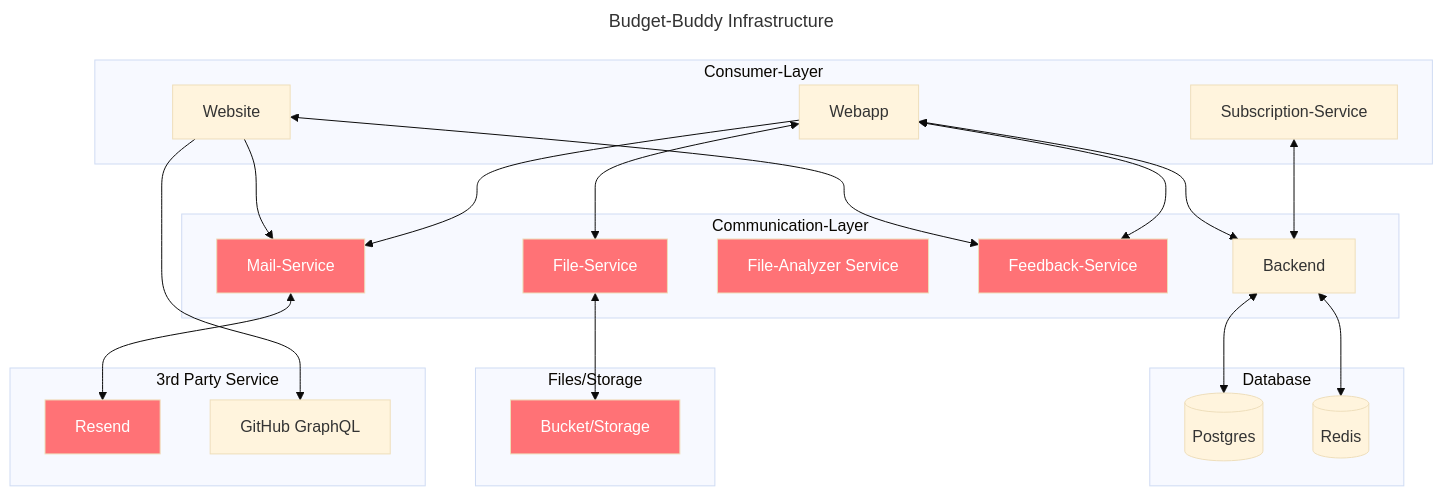
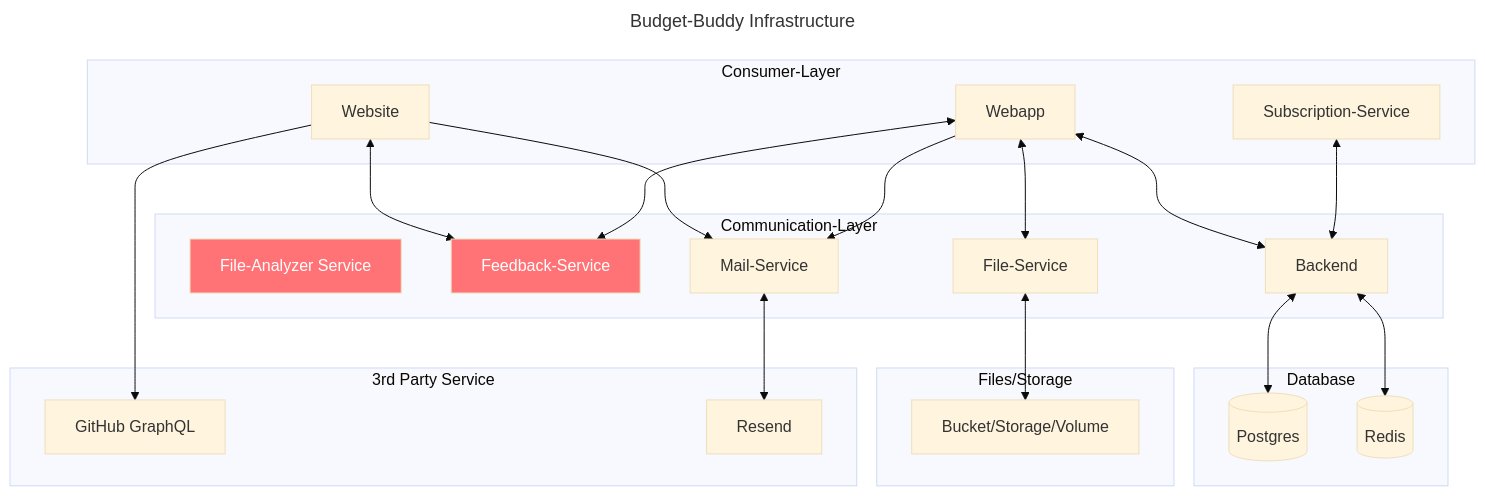
Before and after one commit to BudgetBuddyDE/setup: the diagram in README.md, drawn with Mermaid (base theme). The commit also changed other lines of this file and 1 other file, not shown here.

````diff
--- a/README.md
+++ b/README.md
@@ -8,74 +24,66 @@
 ```mermaid
 ---
 title: Budget-Buddy Infrastructure
 ---
 flowchart TD
 
-style mail-service fill:#FF7276;
-style mail-service color:#fff;
-style file-service fill:#FF7276;
-style file-service color:#fff;
 style file-analyzer-service fill:#FF7276;
 style file-analyzer-service color:#fff;
 style feedback-service fill:#FF7276;
 style feedback-service color:#fff;
-style resend fill:#FF7276;
-style resend color:#fff;
-style storage fill:#FF7276;
-style storage color:#fff;
 
 webapp[Webapp]
 website[Website]
 subscription-service[Subscription-Service]
 mail-service[Mail-Service]
 feedback-service[Feedback-Service]
 file-service[File-Service]
 file-analyzer-service[File-Analyzer Service]
 backend[Backend]
 gh-api[GitHub GraphQL]
 resend[Resend]
 postgres[(Postgres)]
 redis[(Redis)]
-storage[Bucket/Storage]
+storage[Bucket/Storage/Volume]
 
 click website href "https://github.com/BudgetBuddyDE/Website"
 click webapp href "https://github.com/BudgetBuddyDE/Webapp"
 click subscription-service href "https://github.com/BudgetBuddyDE/Subscription-Service"
-click mail-service href "https://resend.com/"
-click file-service href "https://github.com/kleithor/file-service"
+click mail-service href "https://github.com/BudgetBuddyDE/Mail-Service"
+click file-service href "https://github.com/BudgetBuddyDE/File-Service"
 click backend href "https://github.com/BudgetBuddyDE/Backend"
 
 subgraph "Database"
   postgres
   redis
 end
 
 subgraph "Files/Storage"
   storage
 end
 
 subgraph "3rd Party Service"
   gh-api
   resend
 end
 
 subgraph "Communication-Layer"
   backend<-->postgres
   backend<-->redis
   feedback-service
   mail-service<-->resend
   file-analyzer-service
   file-service<-->storage
 end
 
 subgraph "Consumer-Layer"
   website<-->feedback-service
   website-->gh-api
   website-->mail-service
   webapp<-->feedback-service
   webapp-->mail-service
   webapp<-->backend
   webapp<-->file-service
   subscription-service<-->backend
 end
 ```
````
